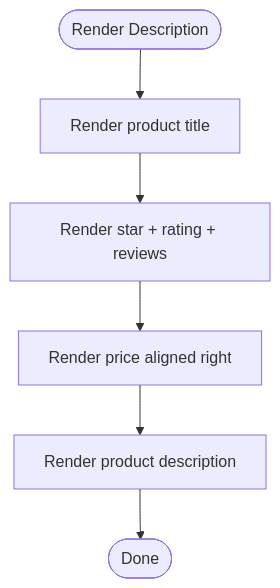
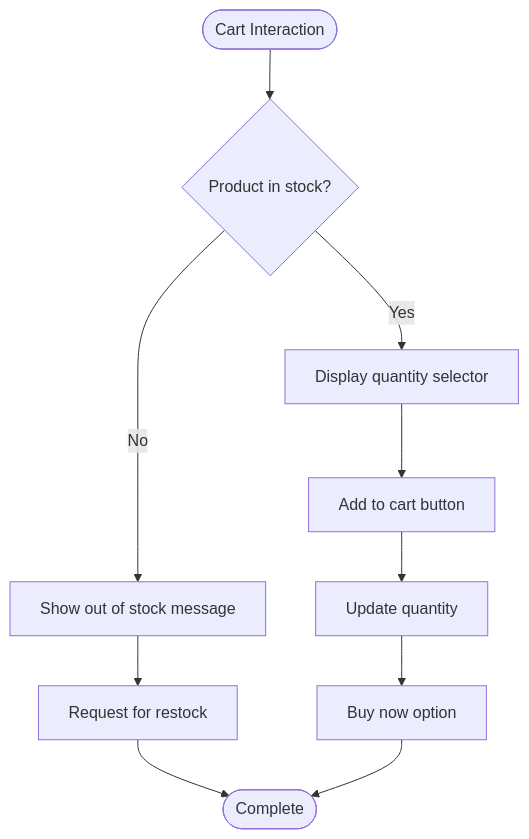
The fifth of 6 diagrams in .qoder/repowiki/en/content/Core Features/E-commerce Platform/Product Details and Information.md (Ariful3111/FurniGo), drawn with Mermaid before and after one commit. The commit also changed other lines of this file and 11 other files, not shown here.

````diff
--- a/.qoder/repowiki/en/content/Core Features/E-commerce Platform/Product Details and Information.md
+++ b/.qoder/repowiki/en/content/Core Features/E-commerce Platform/Product Details and Information.md
@@ -285,8 +358,12 @@
 ```mermaid
 flowchart TD
-Start(["Render Description"]) --> Title["Render product title"]
-Title --> Rating["Render star + rating + reviews"]
-Rating --> Price["Render price aligned right"]
-Price --> Desc["Render product description"]
-Desc --> End(["Done"])
+Start(["Cart Interaction"]) --> StockCheck{"Product in stock?"}
+StockCheck --> |Yes| QtySelector["Display quantity selector"]
+StockCheck --> |No| StockMessage["Show out of stock message"]
+QtySelector --> AddToCart["Add to cart button"]
+AddToCart --> Quantity["Update quantity"]
+Quantity --> BuyNow["Buy now option"]
+StockMessage --> Restock["Request for restock"]
+Restock --> End(["Complete"])
+BuyNow --> End
 ```
````
